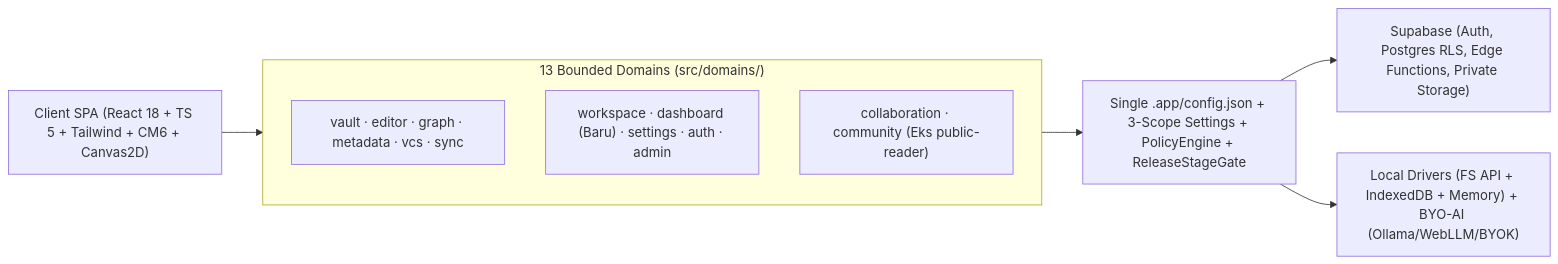
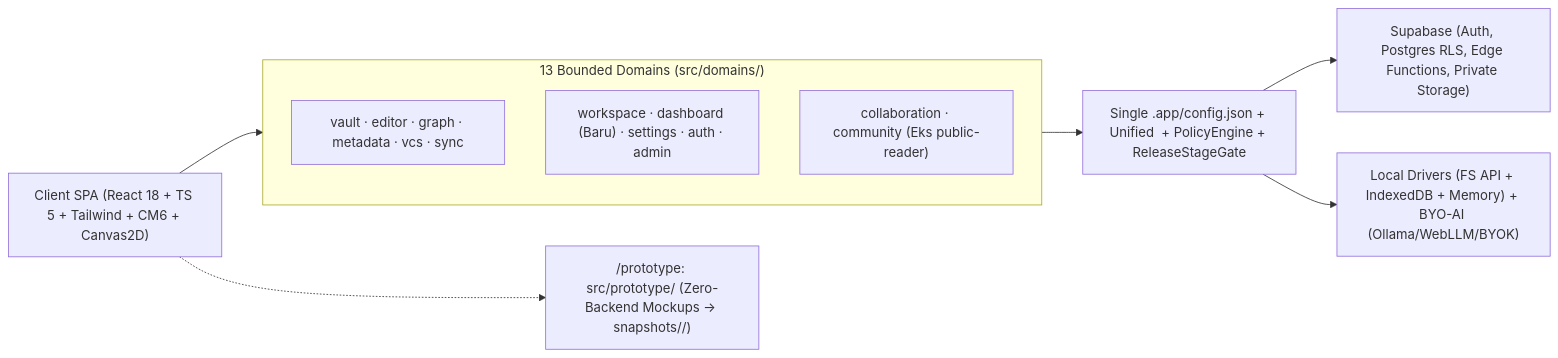
One commit to mjd-code/obmap-meed changed the third of 3 diagrams in docs/00-meta/00-0-master-blueprint.md. Above: the diagram before and after it, drawn with Mermaid. The commit also changed other lines of this file and 87 other files, not shown here.

````diff
--- a/docs/00-meta/00-0-master-blueprint.md
+++ b/docs/00-meta/00-0-master-blueprint.md
@@ -214,15 +216,17 @@
 ```mermaid
 flowchart LR
     SPA["Client SPA (React 18 + TS 5 + Tailwind + CM6 + Canvas2D)"]
     subgraph DOMAINS ["13 Bounded Domains (src/domains/)"]
         CORE["vault · editor · graph · metadata · vcs · sync"]
         SHELL["workspace · dashboard (Baru) · settings · auth · admin"]
         NET["collaboration · community (Eks public-reader)"]
     end
-    CFG["Single .app/config.json + 3-Scope Settings + PolicyEngine + ReleaseStageGate"]
+    PROTO["/prototype: src/prototype/ (Zero-Backend Mockups -> snapshots/<stage-id>/)"]
+    CFG["Single .app/config.json + Unified <SettingsHub /> + PolicyEngine + ReleaseStageGate"]
     BACKEND["Supabase (Auth, Postgres RLS, Edge Functions, Private Storage)"]
     LOCAL["Local Drivers (FS API + IndexedDB + Memory) + BYO-AI (Ollama/WebLLM/BYOK)"]
     SPA --> DOMAINS --> CFG
+    SPA -.-> PROTO
     CFG --> BACKEND
     CFG --> LOCAL
 ```
````
